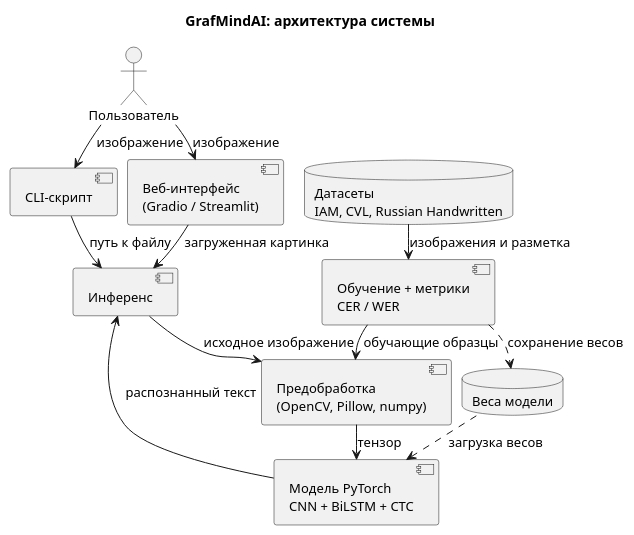
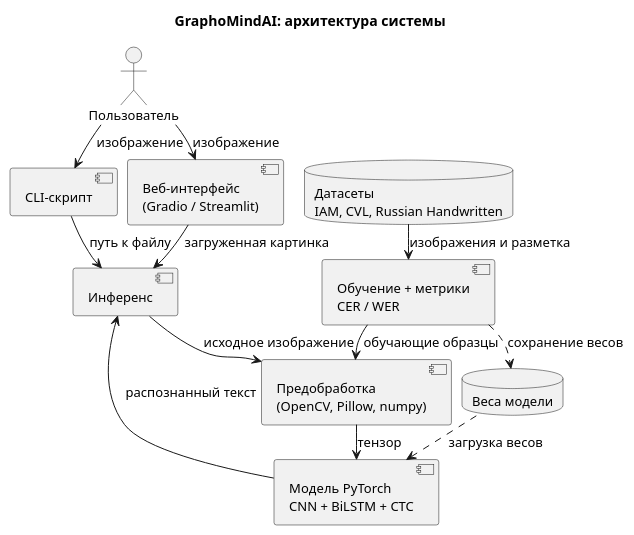
The second of 2 diagrams in docs/architecture.md (Diplom-coders2027/GraphoMindAI), drawn with PlantUML before and after one commit. The commit also changed other lines of this file, not shown here.

````diff
--- a/docs/architecture.md
+++ b/docs/architecture.md
@@ -171,34 +171,34 @@
 ```plantuml
 @startuml
-title GrafMindAI: архитектура системы
+title GraphoMindAI: архитектура системы
 
 skinparam nodesep 10
 skinparam ranksep 15
 skinparam shadowing false
 skinparam defaultFontSize 13
 
 actor "Пользователь" as User
 
 [CLI-скрипт] as CLI
 [Веб-интерфейс\n(Gradio / Streamlit)] as UI
 [Инференс] as Infer
 [Предобработка\n(OpenCV, Pillow, numpy)] as Pre
 [Модель PyTorch\nCNN + BiLSTM + CTC] as Model
 [Обучение + метрики\nCER / WER] as Train
 database "Датасеты\nIAM, CVL, Russian Handwritten" as DS
 database "Веса модели" as W
 
 User --> CLI : изображение
 User --> UI : изображение
 CLI --> Infer : путь к файлу
 UI --> Infer : загруженная картинка
 Infer --> Pre : исходное изображение
 Pre --> Model : тензор
 Model --> Infer : распознанный текст
 W ..> Model : загрузка весов
 
 DS --> Train : изображения и разметка
 Train --> Pre : обучающие образцы
 Train ..> W : сохранение весов
 @enduml
 ```
````
